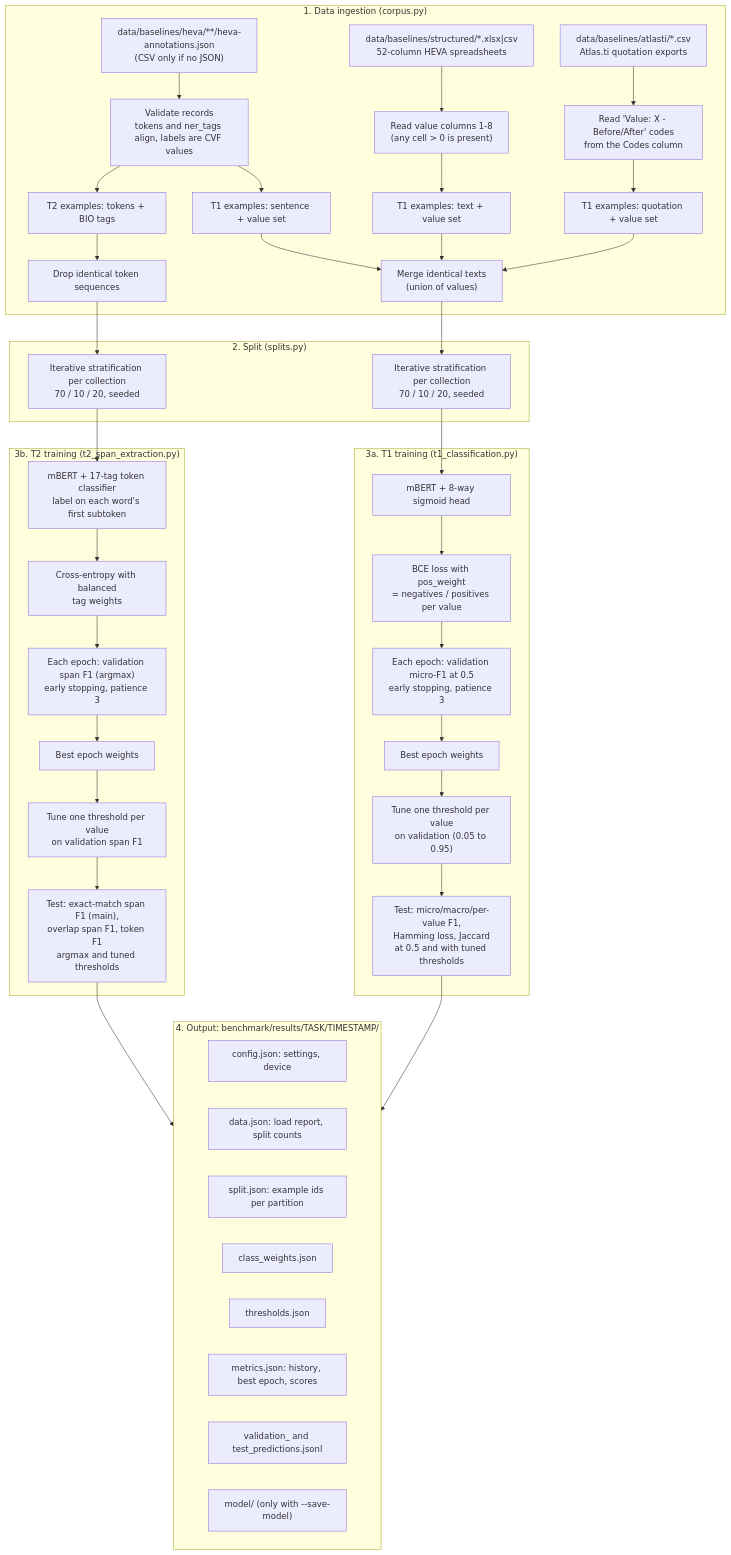
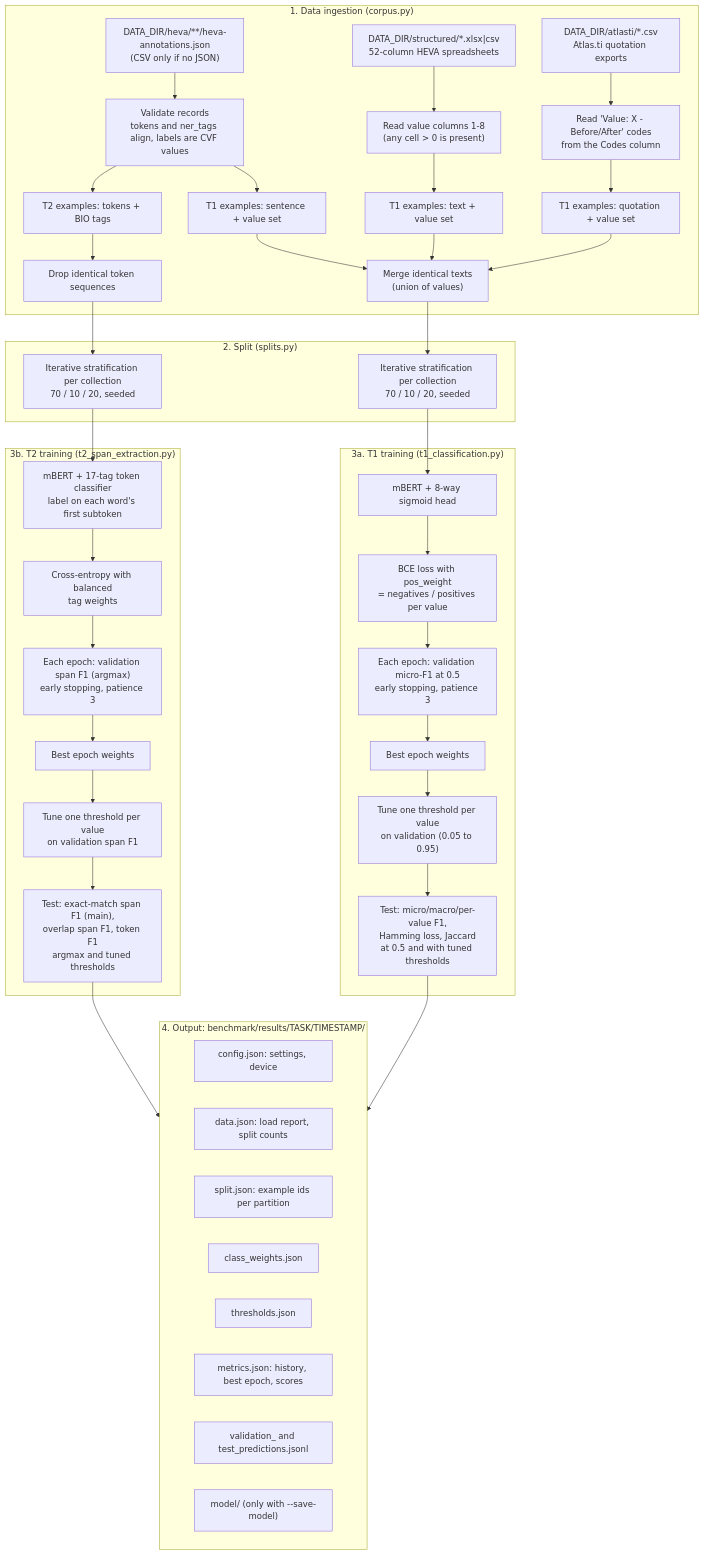
Before and after one commit to zzbn12345/HEVA_toolkit: the diagram in src/heva/baselines/README.md, drawn with Mermaid. The commit also changed other lines of this file and 47 other files, not shown here.

````diff
--- a/src/heva/baselines/README.md
+++ b/src/heva/baselines/README.md
@@ -47,56 +49,56 @@
 ```mermaid
 flowchart TD
     subgraph INGEST["1. Data ingestion (corpus.py)"]
-        H["data/baselines/heva/**/heva-annotations.json<br/>(CSV only if no JSON)"]
-        S["data/baselines/structured/*.xlsx|csv<br/>52-column HEVA spreadsheets"]
-        A["data/baselines/atlasti/*.csv<br/>Atlas.ti quotation exports"]
+        H["DATA_DIR/heva/**/heva-annotations.json<br/>(CSV only if no JSON)"]
+        S["DATA_DIR/structured/*.xlsx|csv<br/>52-column HEVA spreadsheets"]
+        A["DATA_DIR/atlasti/*.csv<br/>Atlas.ti quotation exports"]
         S --> SV["Read value columns 1-8<br/>(any cell > 0 is present)"]
         SV --> T1S["T1 examples: text + value set"]
         T1S --> D1
         H --> HV["Validate records<br/>tokens and ner_tags align, labels are CVF values"]
         A --> AV["Read 'Value: X - Before/After' codes<br/>from the Codes column"]
         HV --> T1H["T1 examples: sentence + value set"]
         HV --> T2H["T2 examples: tokens + BIO tags"]
         AV --> T1A["T1 examples: quotation + value set"]
         T1H --> D1["Merge identical texts<br/>(union of values)"]
         T1A --> D1
         T2H --> D2["Drop identical token sequences"]
     end
 
     subgraph SPLIT["2. Split (splits.py)"]
         D1 --> S1["Iterative stratification per collection<br/>70 / 10 / 20, seeded"]
         D2 --> S2["Iterative stratification per collection<br/>70 / 10 / 20, seeded"]
     end
 
     subgraph T1["3a. T1 training (t1_classification.py)"]
         S1 --> M1["mBERT + 8-way sigmoid head"]
         M1 --> L1["BCE loss with pos_weight<br/>= negatives / positives per value"]
         L1 --> E1["Each epoch: validation micro-F1 at 0.5<br/>early stopping, patience 3"]
         E1 --> B1["Best epoch weights"]
         B1 --> TH1["Tune one threshold per value<br/>on validation (0.05 to 0.95)"]
         TH1 --> EV1["Test: micro/macro/per-value F1,<br/>Hamming loss, Jaccard<br/>at 0.5 and with tuned thresholds"]
     end
 
     subgraph T2["3b. T2 training (t2_span_extraction.py)"]
         S2 --> M2["mBERT + 17-tag token classifier<br/>label on each word's first subtoken"]
         M2 --> L2["Cross-entropy with balanced<br/>tag weights"]
         L2 --> E2["Each epoch: validation span F1 (argmax)<br/>early stopping, patience 3"]
         E2 --> B2["Best epoch weights"]
         B2 --> TH2["Tune one threshold per value<br/>on validation span F1"]
         TH2 --> EV2["Test: exact-match span F1 (main),<br/>overlap span F1, token F1<br/>argmax and tuned thresholds"]
     end
 
     subgraph OUT["4. Output: benchmark/results/TASK/TIMESTAMP/"]
         O1["config.json: settings, device"]
         O2["data.json: load report, split counts"]
         O3["split.json: example ids per partition"]
         O4["class_weights.json"]
         O5["thresholds.json"]
         O6["metrics.json: history, best epoch, scores"]
         O7["validation_ and test_predictions.jsonl"]
         O8["model/ (only with --save-model)"]
     end
 
     EV1 --> OUT
     EV2 --> OUT
 ```
````
